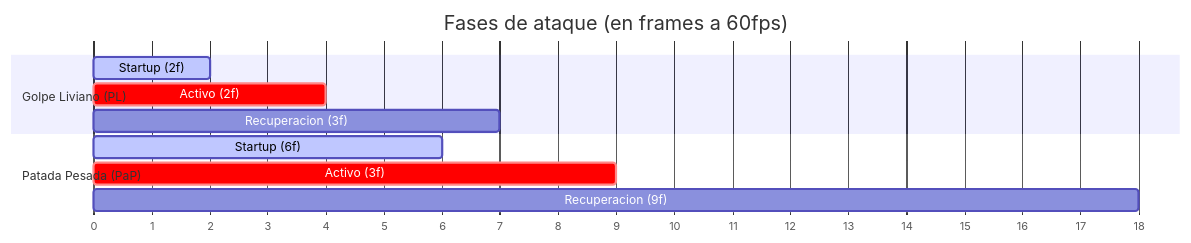
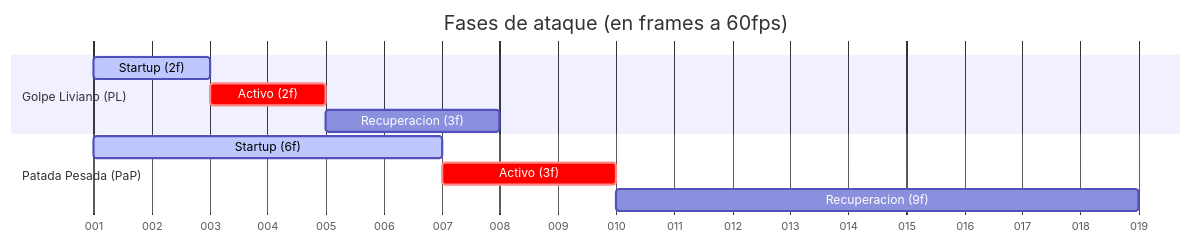
One commit to simon0191/a-los-traques changed the second of 5 diagrams in docs/guia-de-combate.md. Above: the diagram before and after it, drawn with Mermaid. The commit also changed other lines of this file, not shown here.

First line of the commit message:
Fix Mermaid Gantt charts to use sequential task dependencies

````diff
--- a/docs/guia-de-combate.md
+++ b/docs/guia-de-combate.md
@@ -62,16 +62,17 @@
 ```mermaid
 gantt
     title Fases de ataque (en frames a 60fps)
-    dateFormat X
-    axisFormat %s
+    dateFormat YYYY-MM-DD
+    axisFormat %j
+    tickInterval 1day
 
     section Golpe Liviano (PL)
-    Startup (2f)    :active, lp_s, 0, 2
-    Activo (2f)     :crit, lp_a, 2, 4
-    Recuperacion (3f) :lp_r, 4, 7
+    Startup (2f)       :active, lp_s, 2025-01-01, 2d
+    Activo (2f)        :crit, lp_a, after lp_s, 2d
+    Recuperacion (3f)  :lp_r, after lp_a, 3d
 
     section Patada Pesada (PaP)
-    Startup (6f)    :active, hk_s, 0, 6
-    Activo (3f)     :crit, hk_a, 6, 9
-    Recuperacion (9f) :hk_r, 9, 18
+    Startup (6f)       :active, hk_s, 2025-01-01, 6d
+    Activo (3f)        :crit, hk_a, after hk_s, 3d
+    Recuperacion (9f)  :hk_r, after hk_a, 9d
 ```
````
